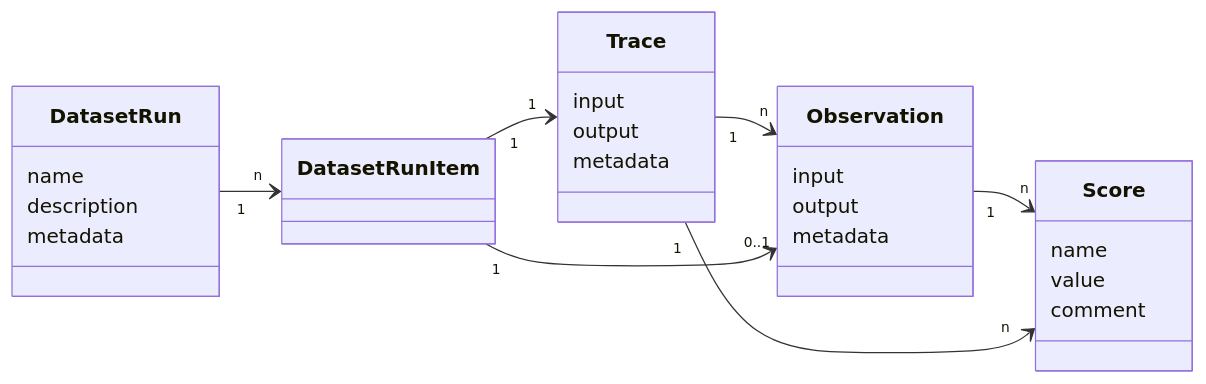
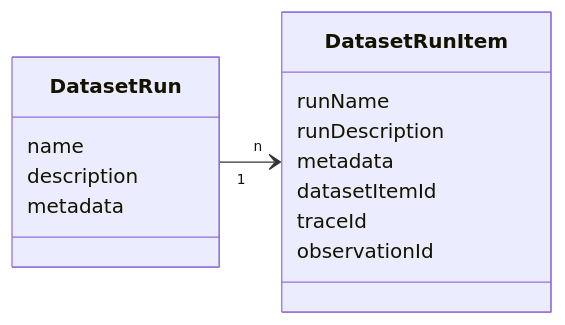
Before and after one commit to langfuse/langfuse-docs: the second of 3 diagrams in components-mdx/datasets-datamodel.mdx, drawn with Mermaid. The commit also changed other lines of this file and 1 other file, not shown here.

````diff
--- a/components-mdx/datasets-datamodel.mdx
+++ b/components-mdx/datasets-datamodel.mdx
@@ -42,39 +65,21 @@
 ```mermaid
 classDiagram
 direction LR
     class DatasetRun {
         name
         description
         metadata
     }
 
     DatasetRun "1" --> "n" DatasetRunItem
 
     class DatasetRunItem {
-    }
-
-    class Trace {
-        input
-        output
+        runName
+        runDescription
         metadata
-    }
-
-    class Observation {
-        input
-        output
-        metadata
-    }
-
-    Trace "1" --> "n" Observation
-    DatasetRunItem "1" --> "1" Trace
-    DatasetRunItem "1" --> "0..1" Observation
-
-    Observation "1" --> "n" Score
-    Trace "1" --> "n" Score
-
-    class Score {
-        name
-        value
-        comment
+        datasetItemId
+        traceId
+        observationId
+       
     }
 ```
````
